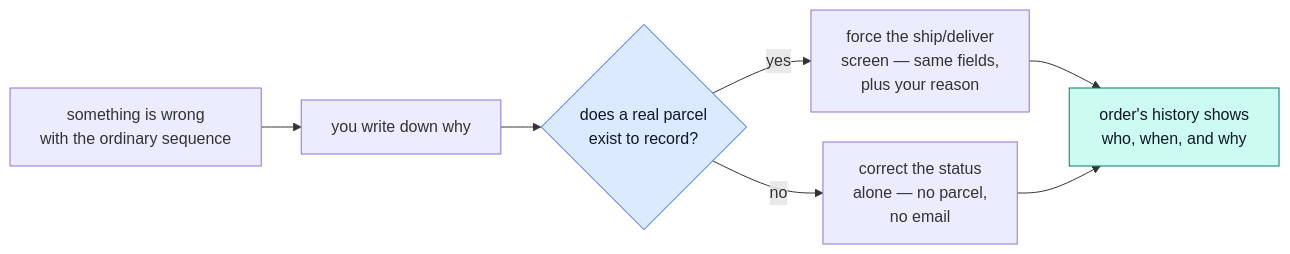
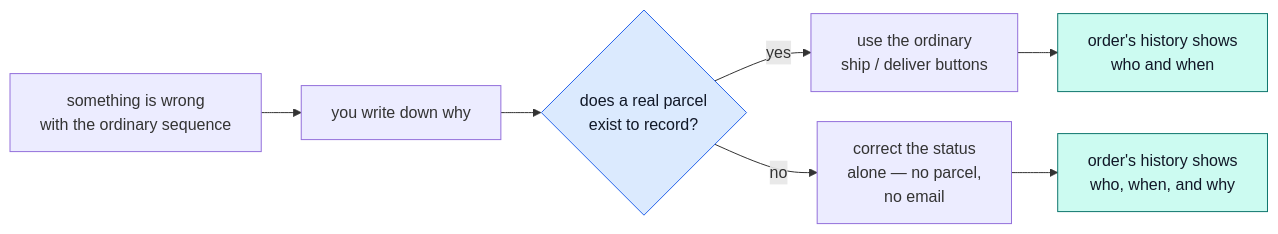
The second of 4 diagrams in docs/demo-ecommerce/manager.md (Guebbit/boilerplate-node-backend), drawn with Mermaid before and after one commit. The commit also changed other lines of this file and 33 other files, not shown here.

````diff
--- a/docs/demo-ecommerce/manager.md
+++ b/docs/demo-ecommerce/manager.md
@@ -75,15 +77,15 @@
 ```mermaid
 %%{init: {'flowchart': {'nodeSpacing': 30, 'rankSpacing': 40}}}%%
 flowchart LR
     M["something is wrong<br/>with the ordinary sequence"] --> R["you write down why"]
     R --> C{"does a real parcel<br/>exist to record?"}
-    C -->|yes| F["force the ship/deliver<br/>screen — same fields,<br/>plus your reason"]
+    C -->|yes| F["use the ordinary<br/>ship / deliver buttons"]
     C -->|no| S["correct the status<br/>alone — no parcel,<br/>no email"]
-    F --> H["order's history shows<br/>who, when, and why"]
-    S --> H
+    F --> H["order's history shows<br/>who and when"]
+    S --> H2["order's history shows<br/>who, when, and why"]
 
     classDef ask fill:#dbeafe,stroke:#2563eb,color:#111827;
     classDef done fill:#ccfbf1,stroke:#0f766e,color:#111827;
     class C ask;
-    class H done;
+    class H,H2 done;
 ```
````
